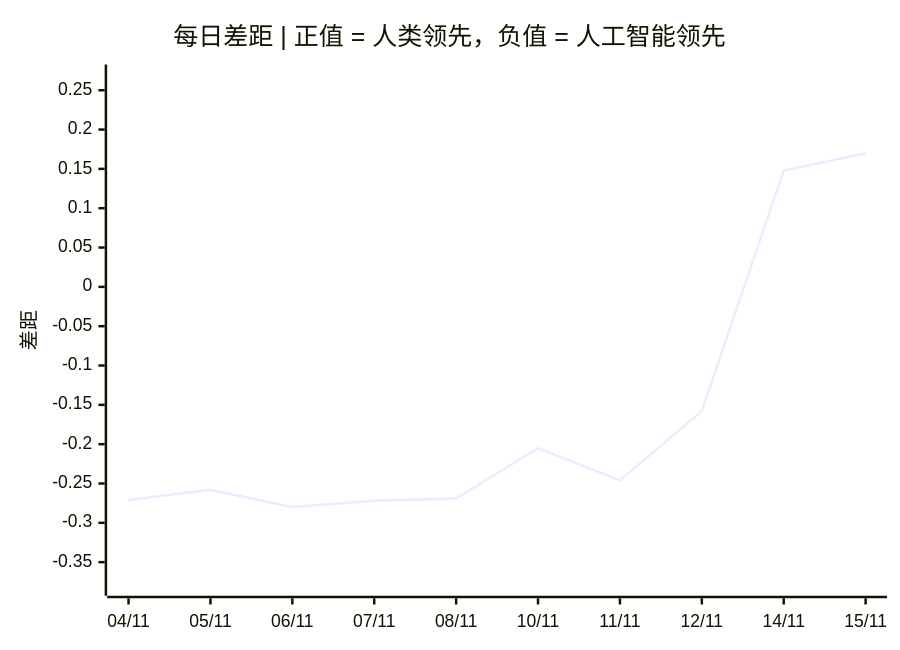
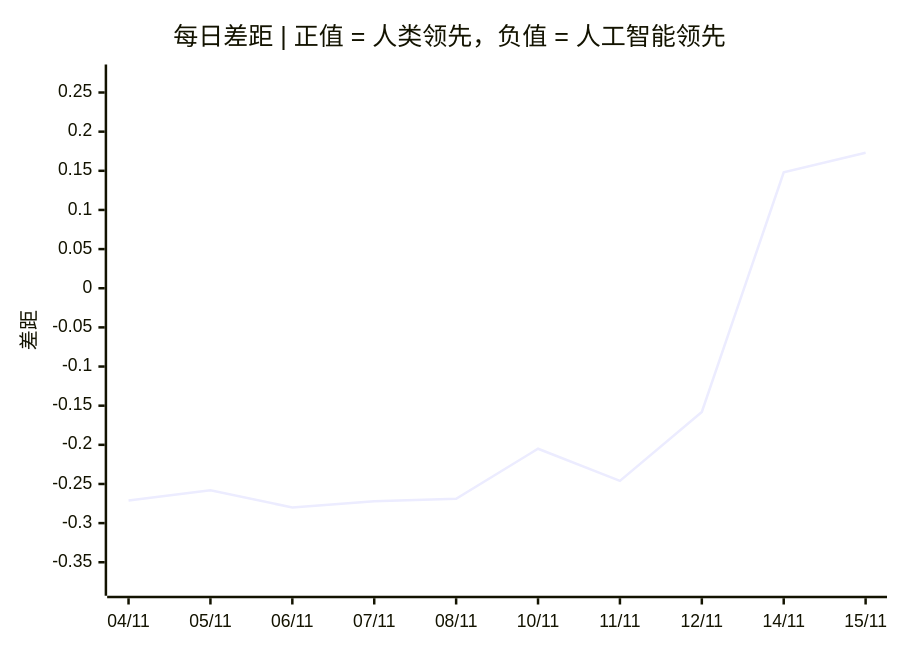
Before and after one commit to VQQLK/Human-AI-Monitor: the third of 3 diagrams in README.zh.md, drawn with Mermaid. The commit also changed other lines of this file and 2 other files, not shown here.

````diff
--- a/README.zh.md
+++ b/README.zh.md
@@ -56,7 +56,7 @@
 ```mermaid
 xychart-beta
     title "每日差距 | 正值 = 人类领先，负值 = 人工智能领先"
     x-axis ["04/11", "05/11", "06/11", "07/11", "08/11", "10/11", "11/11", "12/11", "14/11", "15/11"]
-    y-axis "差距" -0.380 --> 0.270
-    line [-0.271, -0.258, -0.280, -0.272, -0.269, -0.205, -0.246, -0.158, 0.148, 0.170]
+    y-axis "差距" -0.380 --> 0.273
+    line [-0.271, -0.258, -0.280, -0.272, -0.269, -0.205, -0.246, -0.158, 0.148, 0.173]
 ```
````
